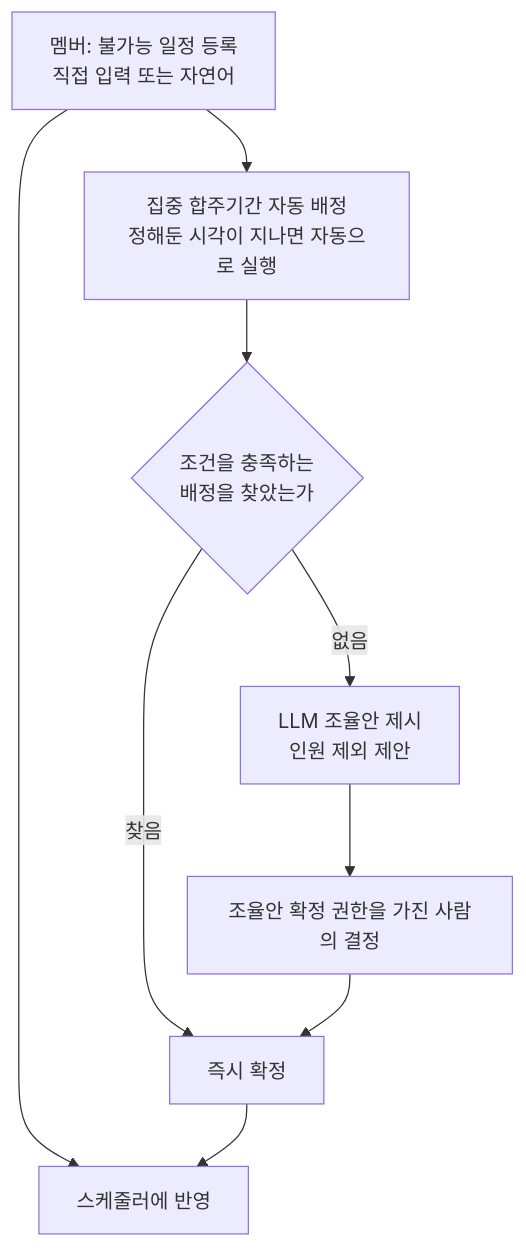
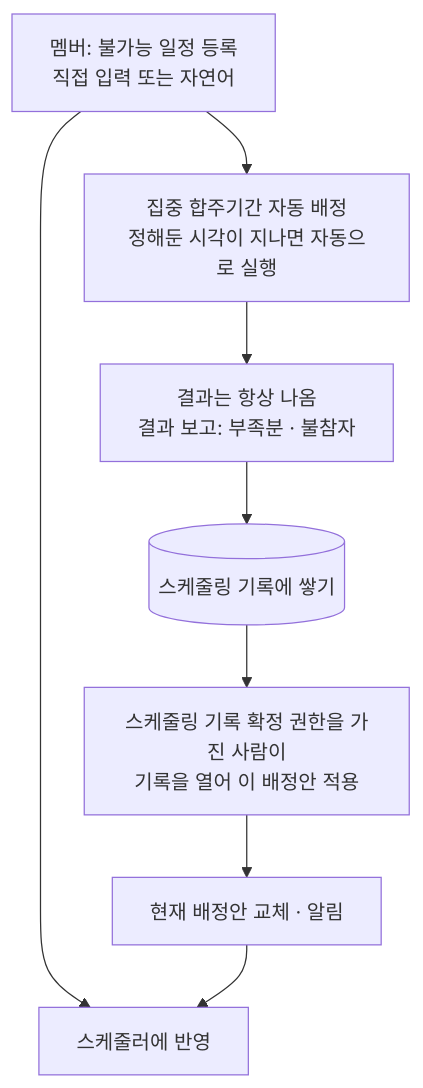
One commit to minkong-dev/Banblit changed the diagram in .cluedoc/Banblit.md. Above: the diagram before and after it, drawn with Mermaid. The commit also changed other lines of this file and 40 other files, not shown here.

````diff
--- a/.cluedoc/Banblit.md
+++ b/.cluedoc/Banblit.md
@@ -8,11 +8,10 @@
 ```mermaid
 flowchart TD
     M[멤버: 불가능 일정 등록<br/>직접 입력 또는 자연어] --> S[스케줄러에 반영]
     M --> AA[집중 합주기간 자동 배정<br/>정해둔 시각이 지나면 자동으로 실행]
-    AA --> Q{조건을 충족하는<br/>배정을 찾았는가}
-    Q -->|찾음| C[즉시 확정]
-    Q -->|없음| L[LLM 조율안 제시<br/>인원 제외 제안]
-    L --> H[조율안 확정 권한을 가진 사람의 결정]
-    H --> C
+    AA --> R[결과는 항상 나옴<br/>결과 보고: 부족분 · 불참자]
+    R --> B[(스케줄링 기록에 쌓기)]
+    B --> H[스케줄링 기록 확정 권한을 가진 사람이<br/>기록을 열어 이 배정안 적용]
+    H --> C[현재 배정안 교체 · 알림]
     C --> S
 ```
````
